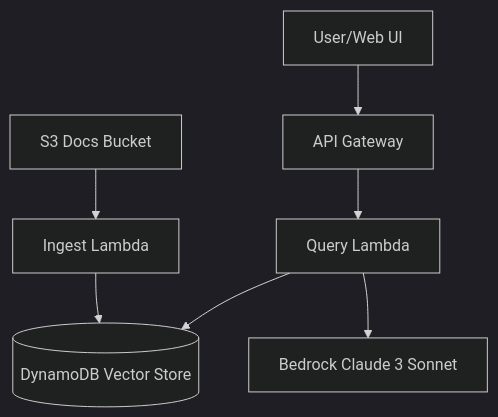
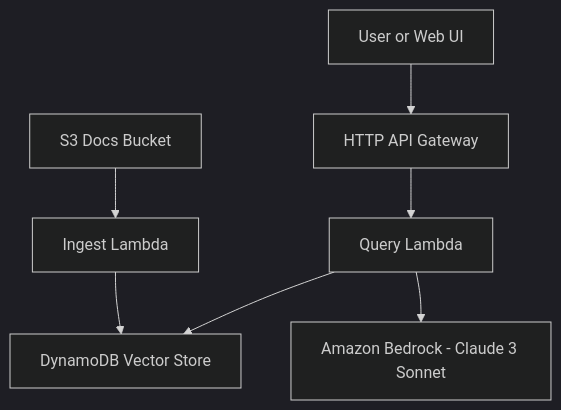
One commit to essiea/rag-cloud-architect-chatbot changed the diagram in docs/architecture.mmd. Above: the diagram before and after it, drawn with Mermaid (dark theme).

Commit message:
Add project docs/architecture.mmd

```diff
--- a/docs/architecture.mmd
+++ b/docs/architecture.mmd
@@ -1,7 +1,15 @@
 flowchart TD
-    S3[S3 Docs Bucket] --> ING[Ingest Lambda]
-    ING --> DDB[(DynamoDB Vector Store)]
-    QL[Query Lambda] --> DDB
-    QL --> B[Bedrock Claude 3 Sonnet]
-    API[API Gateway] --> QL
-    USER[User/Web UI] --> API
+    S3["S3 Docs Bucket"]
+    ING["Ingest Lambda"]
+    DDB["DynamoDB Vector Store"]
+    QL["Query Lambda"]
+    B["Amazon Bedrock - Claude 3 Sonnet"]
+    API["HTTP API Gateway"]
+    USER["User or Web UI"]
+
+    S3 --> ING
+    ING --> DDB
+    QL --> DDB
+    QL --> B
+    API --> QL
+    USER --> API
```
